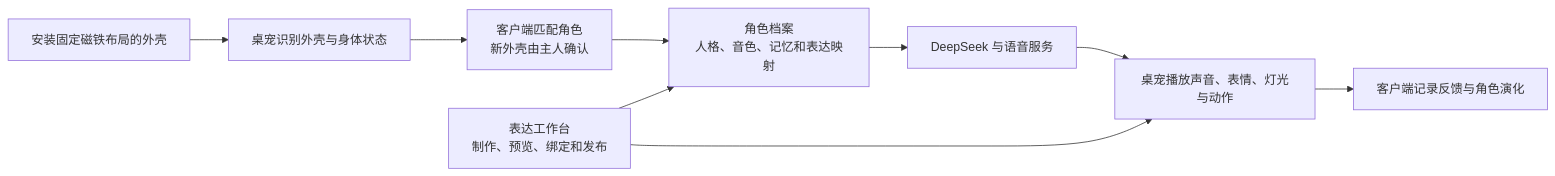
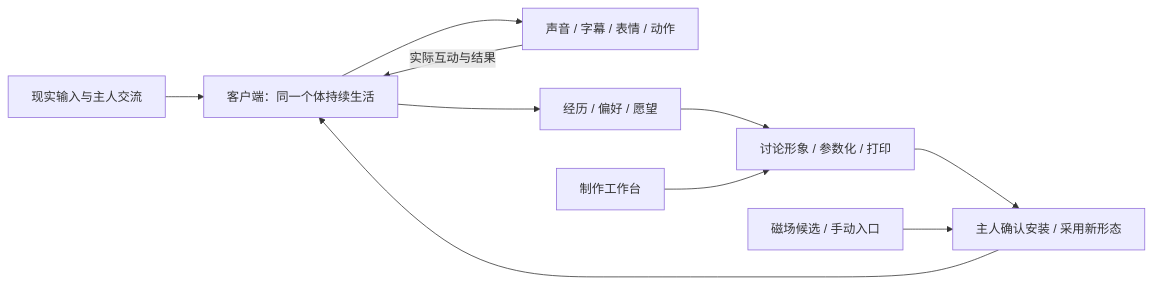
Before and after one commit to 404-NOT-FOUND-ERROR/DeskBot-Hardware: the diagram in README.md, drawn with Mermaid. The commit also changed other lines of this file and 1757 other files, not shown here.

````diff
--- a/README.md
+++ b/README.md
@@ -46,11 +53,12 @@
 ```mermaid
 flowchart LR
-    A[安装固定磁铁布局的外壳] --> B[桌宠识别外壳与身体状态]
-    B --> C[客户端匹配角色\n新外壳由主人确认]
-    C --> D[角色档案\n人格、音色、记忆和表达映射]
-    D --> E[DeepSeek 与语音服务]
-    E --> F[桌宠播放声音、表情、灯光与动作]
-    F --> G[客户端记录反馈与角色演化]
-    W[表达工作台\n制作、预览、绑定和发布] --> D
-    W --> F
+    A[现实输入与主人交流] --> B[客户端：同一个体持续生活]
+    B --> C[声音 / 字幕 / 表情 / 动作]
+    C -->|实际互动与结果| B
+    B --> D[经历 / 偏好 / 愿望]
+    D --> E[讨论形象 / 参数化 / 打印]
+    E --> F[主人确认安装 / 采用新形态]
+    F --> B
+    W[制作工作台] --> E
+    M[磁场候选 / 手动入口] --> F
 ```
````
